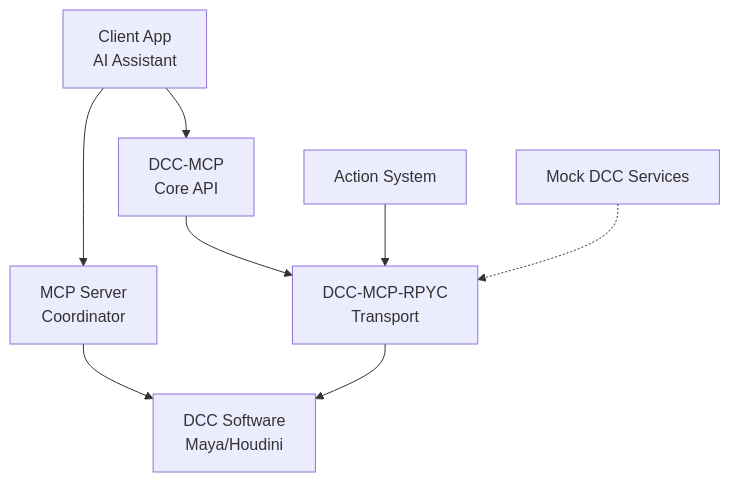
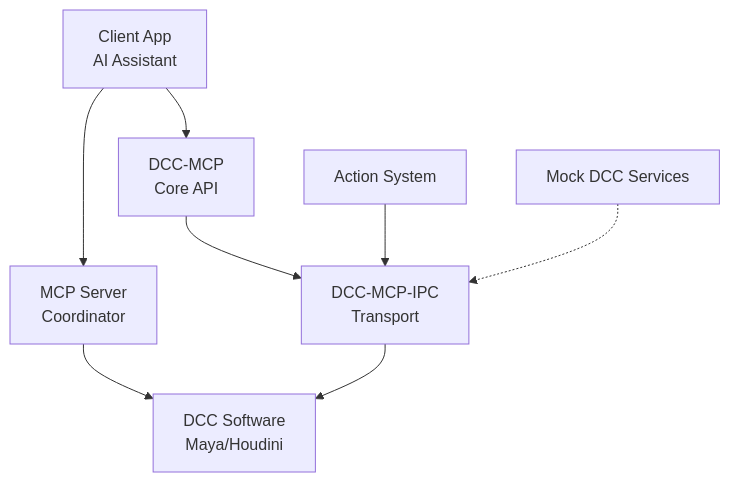
Before and after one commit to loonghao/dcc-mcp-rpyc: the diagram in README.md, drawn with Mermaid. The commit also changed other lines of this file and 121 other files, not shown here.

First line of the commit message:
refactor: rename dcc-mcp-rpyc to dcc-mcp-ipc

````diff
--- a/README.md
+++ b/README.md
@@ -47,10 +47,10 @@
 ```mermaid
 graph TD
     A[Client App<br>AI Assistant] --> B[MCP Server<br>Coordinator]
     B --> C[DCC Software<br>Maya/Houdini]
     A --> D[DCC-MCP<br>Core API]
-    D --> E[DCC-MCP-RPYC<br>Transport]
+    D --> E[DCC-MCP-IPC<br>Transport]
     E --> C
     F[Action System] --> E
     G[Mock DCC Services] -.-> E
 ```
````
